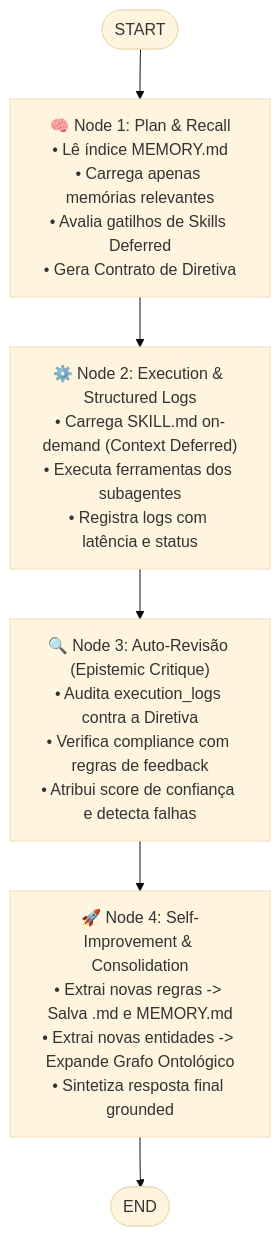
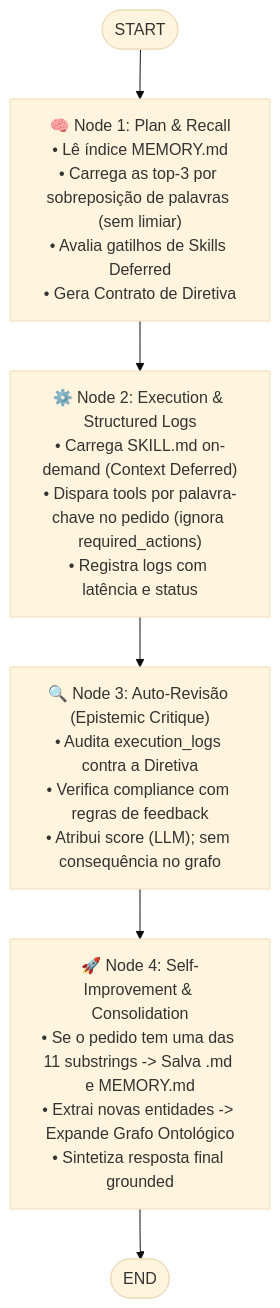
Before and after one commit to MathBorgess/graph-engineering-lab: the third of 3 diagrams in src/03-harness-reverse-experiment/memory_and_self_improvement_study.md, drawn with Mermaid (base theme). The commit also changed other lines of this file and 7 other files, not shown here.

First line of the commit message:
docs(exp-03): corrige os relatórios contra as capturas e marca o que não tem lastro

````diff
--- a/src/03-harness-reverse-experiment/memory_and_self_improvement_study.md
+++ b/src/03-harness-reverse-experiment/memory_and_self_improvement_study.md
@@ -350,8 +354,8 @@
 ```mermaid
 flowchart TD
-    START([START]) --> Plan["🧠 Node 1: Plan & Recall\n• Lê índice MEMORY.md\n• Carrega apenas memórias relevantes\n• Avalia gatilhos de Skills Deferred\n• Gera Contrato de Diretiva"]
-    Plan --> Exec["⚙️ Node 2: Execution & Structured Logs\n• Carrega SKILL.md on-demand (Context Deferred)\n• Executa ferramentas dos subagentes\n• Registra logs com latência e status"]
-    Exec --> Review["🔍 Node 3: Auto-Revisão (Epistemic Critique)\n• Audita execution_logs contra a Diretiva\n• Verifica compliance com regras de feedback\n• Atribui score de confiança e detecta falhas"]
-    Review --> Consolidate["🚀 Node 4: Self-Improvement & Consolidation\n• Extrai novas regras -> Salva <slug>.md e MEMORY.md\n• Extrai novas entidades -> Expande Grafo Ontológico\n• Sintetiza resposta final grounded"]
+    START([START]) --> Plan["🧠 Node 1: Plan & Recall\n• Lê índice MEMORY.md\n• Carrega as top-3 por sobreposição de palavras (sem limiar)\n• Avalia gatilhos de Skills Deferred\n• Gera Contrato de Diretiva"]
+    Plan --> Exec["⚙️ Node 2: Execution & Structured Logs\n• Carrega SKILL.md on-demand (Context Deferred)\n• Dispara tools por palavra-chave no pedido (ignora required_actions)\n• Registra logs com latência e status"]
+    Exec --> Review["🔍 Node 3: Auto-Revisão (Epistemic Critique)\n• Audita execution_logs contra a Diretiva\n• Verifica compliance com regras de feedback\n• Atribui score (LLM); sem consequência no grafo"]
+    Review --> Consolidate["🚀 Node 4: Self-Improvement & Consolidation\n• Se o pedido tem uma das 11 substrings -> Salva <slug>.md e MEMORY.md\n• Extrai novas entidades -> Expande Grafo Ontológico\n• Sintetiza resposta final grounded"]
     Consolidate --> END_NODE([END])
 ```
````
